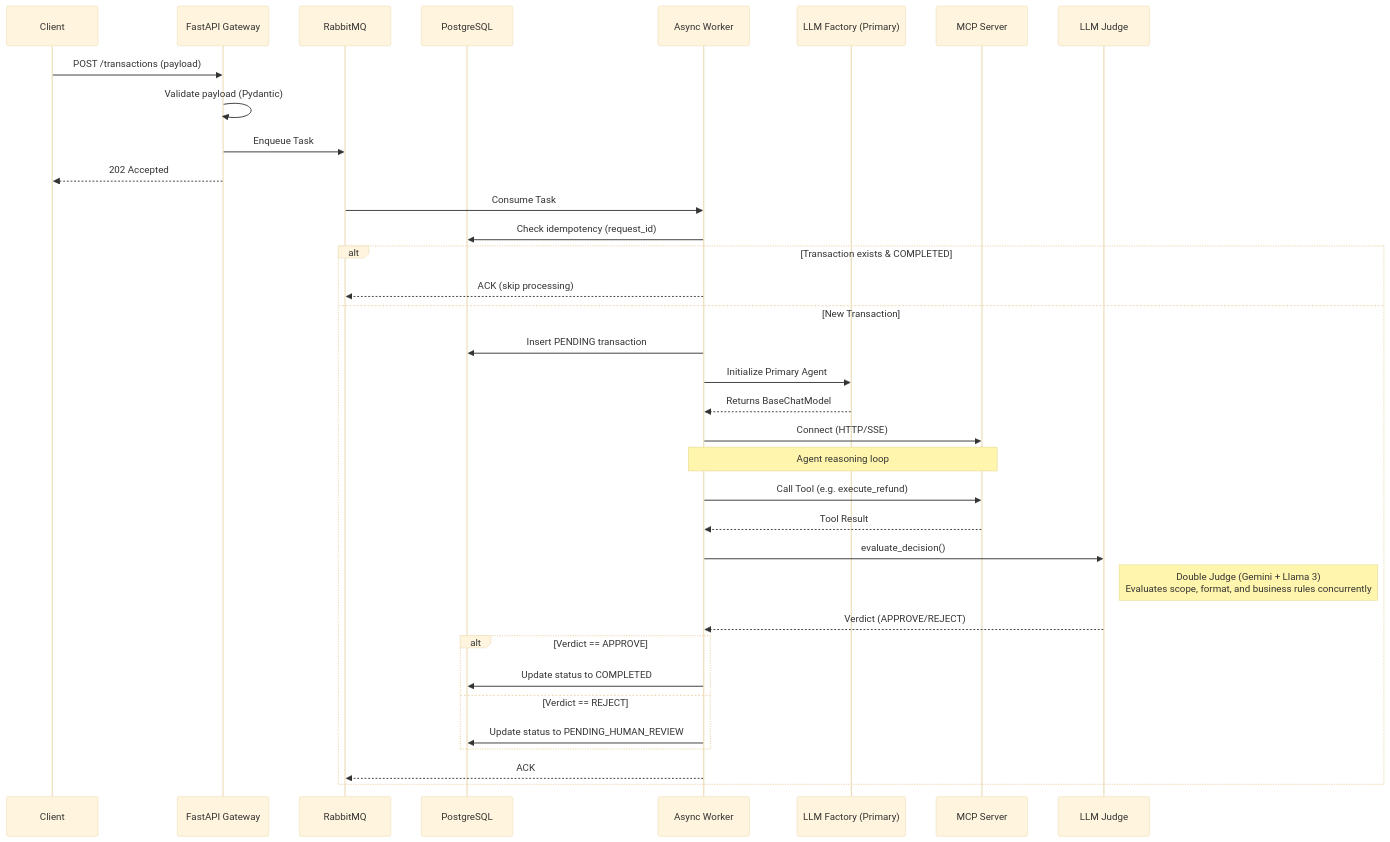
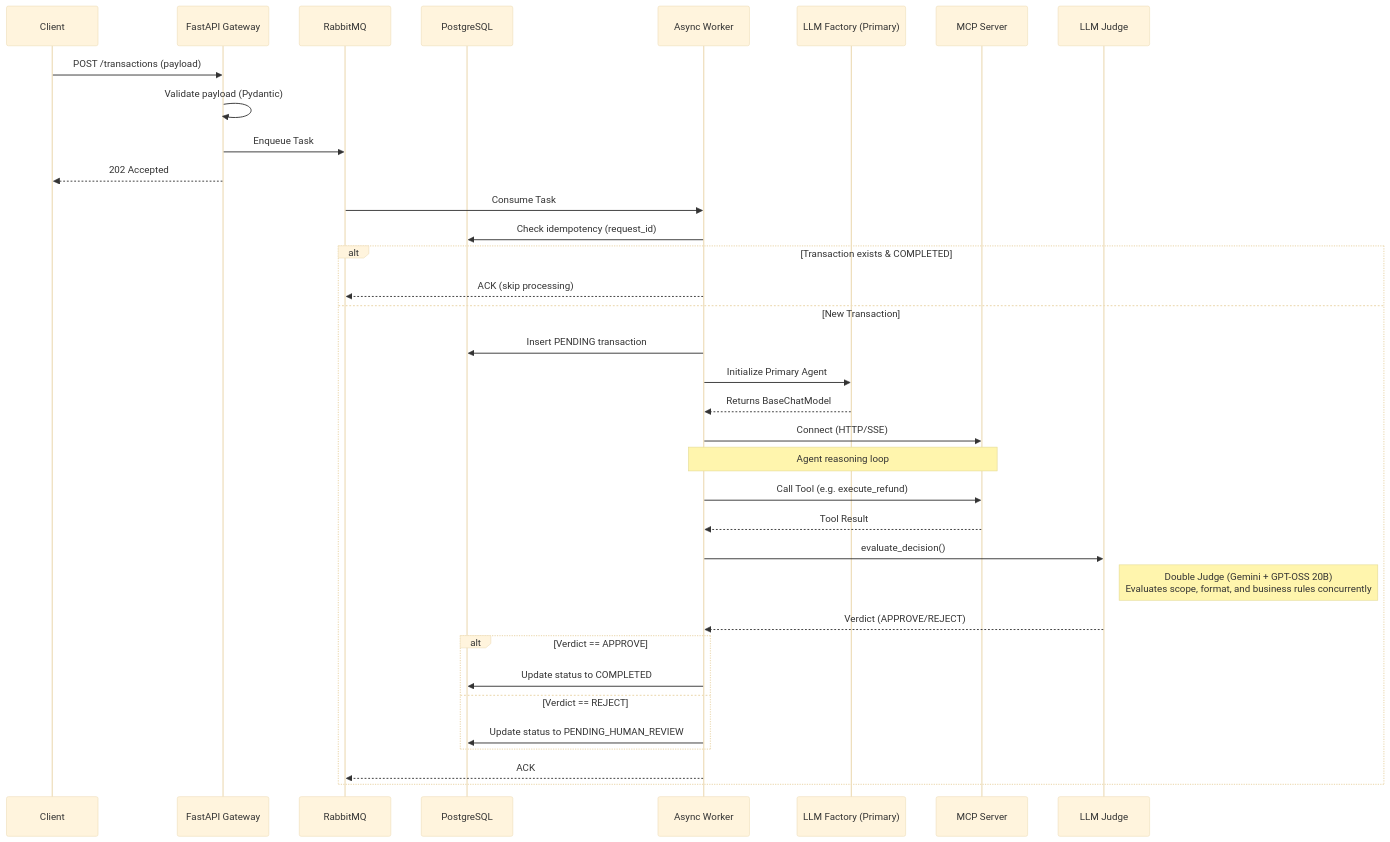
One commit to agustindiazcano/mcp-transactional-agent changed the diagram in docs/phases/phase_1_core_engine.md. Above: the diagram before and after it, drawn with Mermaid (base theme). The commit also changed other lines of this file and 5 other files, not shown here.

First line of the commit message:
docs: name Judge 2's real model (GPT-OSS 20B via Groq), not Llama 3

````diff
--- a/docs/phases/phase_1_core_engine.md
+++ b/docs/phases/phase_1_core_engine.md
@@ -34,43 +34,43 @@
 ```mermaid
 sequenceDiagram
     participant Client
     participant API as FastAPI Gateway
     participant MQ as RabbitMQ
     participant DB as PostgreSQL
     participant Worker as Async Worker
     participant LLM_F as LLM Factory (Primary)
     participant MCP as MCP Server
     participant Judge as LLM Judge
     
     Client->>API: POST /transactions (payload)
     API->>API: Validate payload (Pydantic)
     API->>MQ: Enqueue Task
     API-->>Client: 202 Accepted
     
     MQ->>Worker: Consume Task
     Worker->>DB: Check idempotency (request_id)
     
     alt Transaction exists & COMPLETED
         Worker-->>MQ: ACK (skip processing)
     else New Transaction
         Worker->>DB: Insert PENDING transaction
         Worker->>LLM_F: Initialize Primary Agent
         LLM_F-->>Worker: Returns BaseChatModel
         Worker->>MCP: Connect (HTTP/SSE)
         Note over Worker,MCP: Agent reasoning loop
         Worker->>MCP: Call Tool (e.g. execute_refund)
         MCP-->>Worker: Tool Result
         
         Worker->>Judge: evaluate_decision()
-        Note right of Judge: Double Judge (Gemini + Llama 3)<br>Evaluates scope, format, and business rules concurrently
+        Note right of Judge: Double Judge (Gemini + GPT-OSS 20B)<br>Evaluates scope, format, and business rules concurrently
         Judge-->>Worker: Verdict (APPROVE/REJECT)
         
         alt Verdict == APPROVE
             Worker->>DB: Update status to COMPLETED
         else Verdict == REJECT
             Worker->>DB: Update status to PENDING_HUMAN_REVIEW
         end
         
         Worker-->>MQ: ACK
     end
 ```
````
